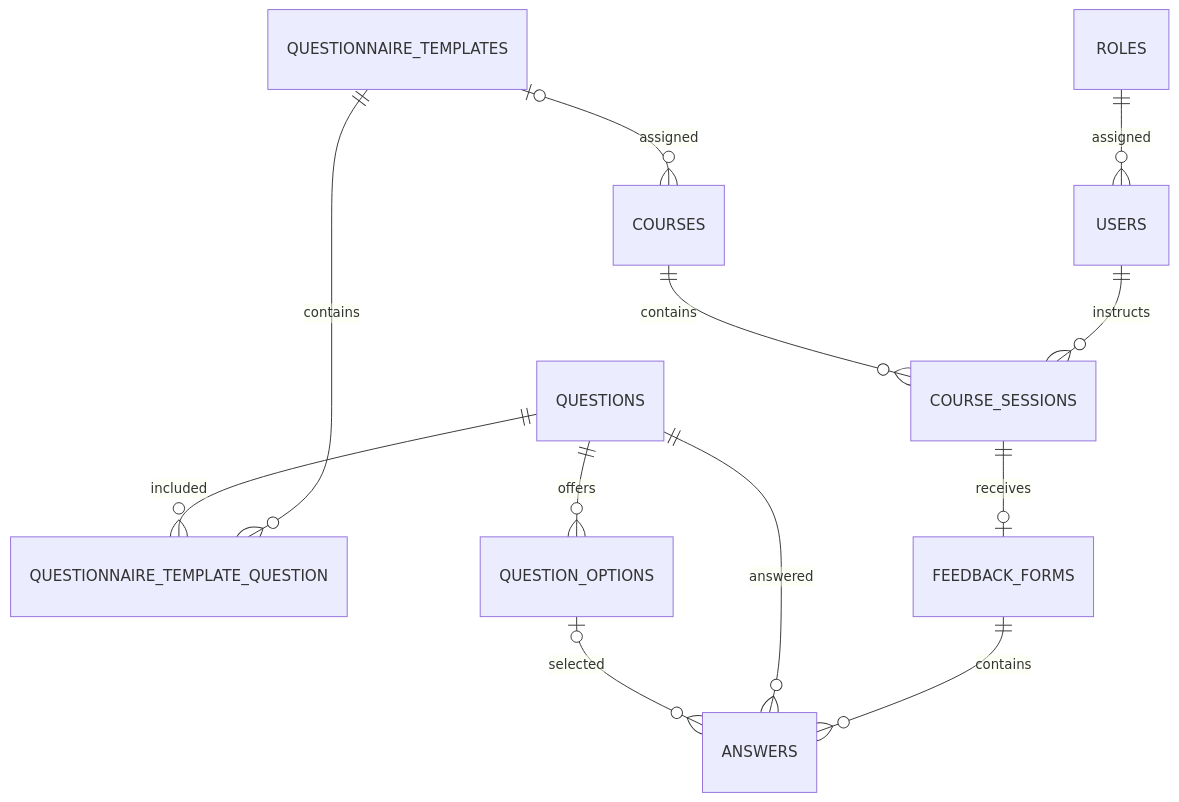
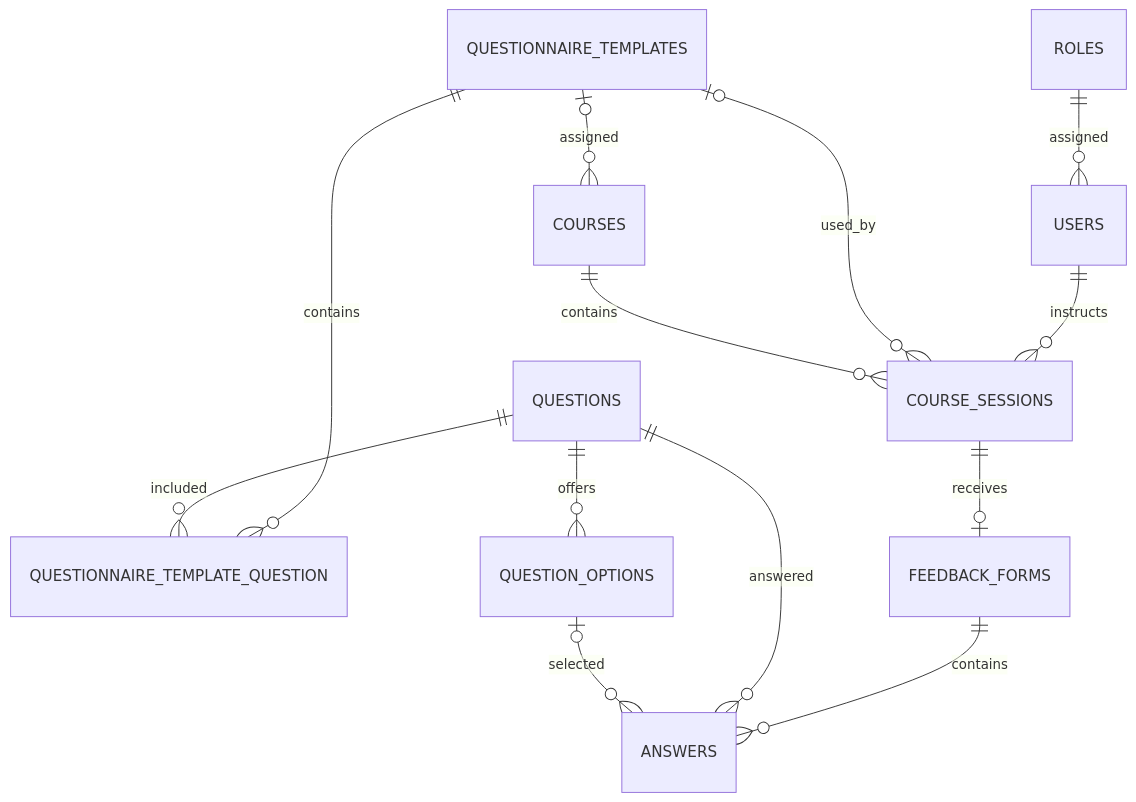
The diagram in docs/05 Entity Relationship Model.md (yannickict/Evalio), drawn with Mermaid before and after one commit. The commit also changed other lines of this file and 17 other files, not shown here.

First line of the commit message:
feat: add course editing and preserve session questionnaire assignments

````diff
--- a/docs/05 Entity Relationship Model.md
+++ b/docs/05 Entity Relationship Model.md
@@ -103,14 +104,15 @@
 ```mermaid
 erDiagram
     ROLES ||--o{ USERS : assigned
     USERS ||--o{ COURSE_SESSIONS : instructs
     QUESTIONNAIRE_TEMPLATES o|--o{ COURSES : assigned
+    QUESTIONNAIRE_TEMPLATES o|--o{ COURSE_SESSIONS : used_by
     COURSES ||--o{ COURSE_SESSIONS : contains
     QUESTIONNAIRE_TEMPLATES ||--o{ QUESTIONNAIRE_TEMPLATE_QUESTION : contains
     QUESTIONS ||--o{ QUESTIONNAIRE_TEMPLATE_QUESTION : included
     QUESTIONS ||--o{ QUESTION_OPTIONS : offers
     COURSE_SESSIONS ||--o| FEEDBACK_FORMS : receives
     FEEDBACK_FORMS ||--o{ ANSWERS : contains
     QUESTIONS ||--o{ ANSWERS : answered
     QUESTION_OPTIONS o|--o{ ANSWERS : selected
 ```
````
